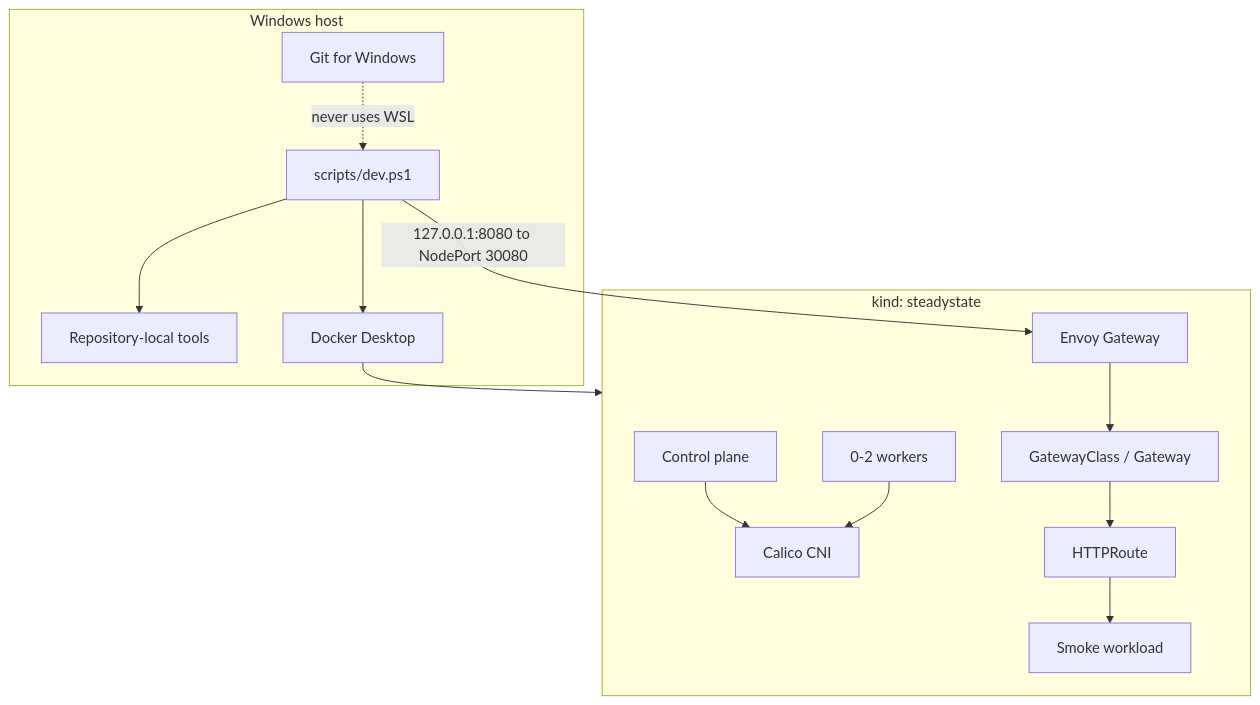
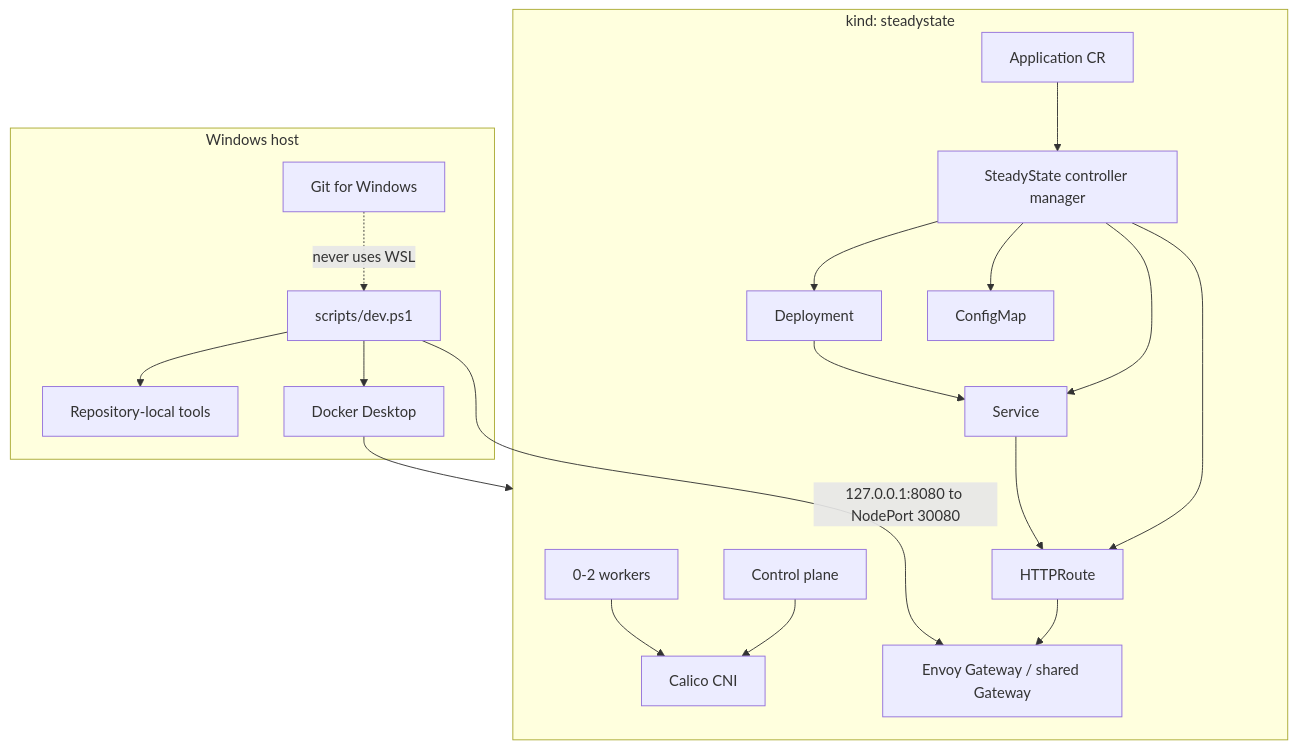
The diagram in docs/architecture.md (saadabdullaah/steadystate), drawn with Mermaid before and after one commit. The commit also changed other lines of this file and 14 other files, not shown here.

````diff
--- a/docs/architecture.md
+++ b/docs/architecture.md
@@ -3,26 +3,34 @@
 ```mermaid
 flowchart TB
     subgraph Host["Windows host"]
         Git["Git for Windows"]
         Dev["scripts/dev.ps1"]
         Tools["Repository-local tools"]
         Docker["Docker Desktop"]
     end
     subgraph Cluster["kind: steadystate"]
         CP["Control plane"]
         Workers["0-2 workers"]
         Calico["Calico CNI"]
-        EG["Envoy Gateway"]
-        Gateway["GatewayClass / Gateway"]
+        Manager["SteadyState controller manager"]
+        AppCR["Application CR"]
+        Deployment["Deployment"]
+        Service["Service"]
+        ConfigMap["ConfigMap"]
         Route["HTTPRoute"]
-        Echo["Smoke workload"]
+        EG["Envoy Gateway / shared Gateway"]
     end
     Dev --> Tools
     Dev --> Docker
     Docker --> Cluster
     CP --> Calico
     Workers --> Calico
-    EG --> Gateway --> Route --> Echo
+    AppCR --> Manager
+    Manager --> Deployment
+    Manager --> Service
+    Manager --> ConfigMap
+    Manager --> Route
+    Deployment --> Service --> Route --> EG
     Dev -->|"127.0.0.1:8080 to NodePort 30080"| EG
     Git -. "never uses WSL" .-> Dev
 ```
````
